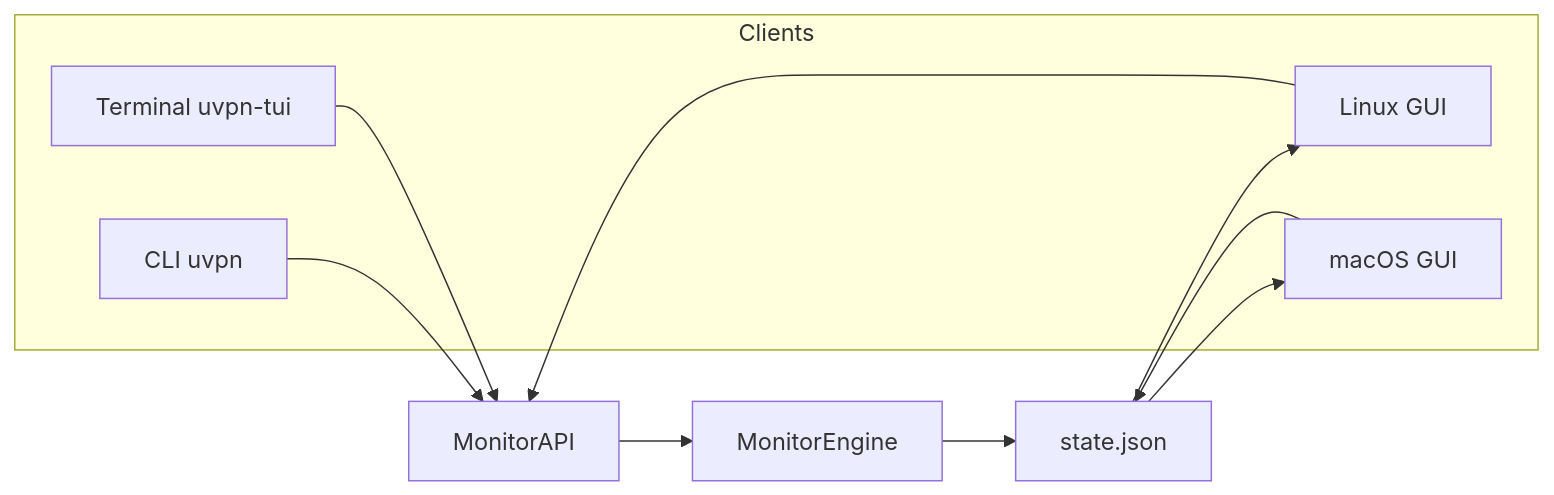
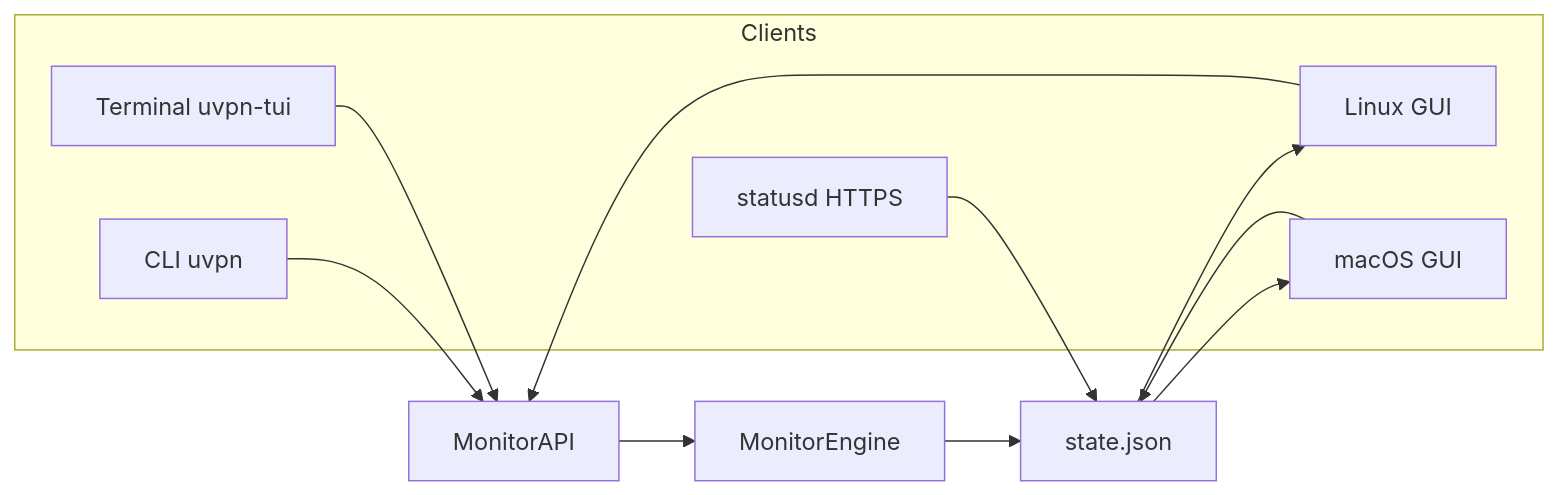
Before and after one commit to roto31/Tunnel-Monitor---Universal: the fifth of 9 diagrams in docs/architecture/system-design.md, drawn with Mermaid. The commit also changed other lines of this file and 63 other files, not shown here.

````diff
--- a/docs/architecture/system-design.md
+++ b/docs/architecture/system-design.md
@@ -176,21 +219,23 @@
 ```mermaid
 flowchart LR
     subgraph Clients
         CLI[CLI uvpn]
         TUI[Terminal uvpn-tui]
         LG[Linux GUI]
         MG[macOS GUI]
+        SD[statusd HTTPS]
     end
     API[MonitorAPI]
     ENG[MonitorEngine]
     ST[state.json]
 
     CLI --> API
     TUI --> API
     LG --> API
     MG --> ST
+    SD --> ST
     API --> ENG
     ENG --> ST
     ST --> MG
     ST --> LG
 ```
````
